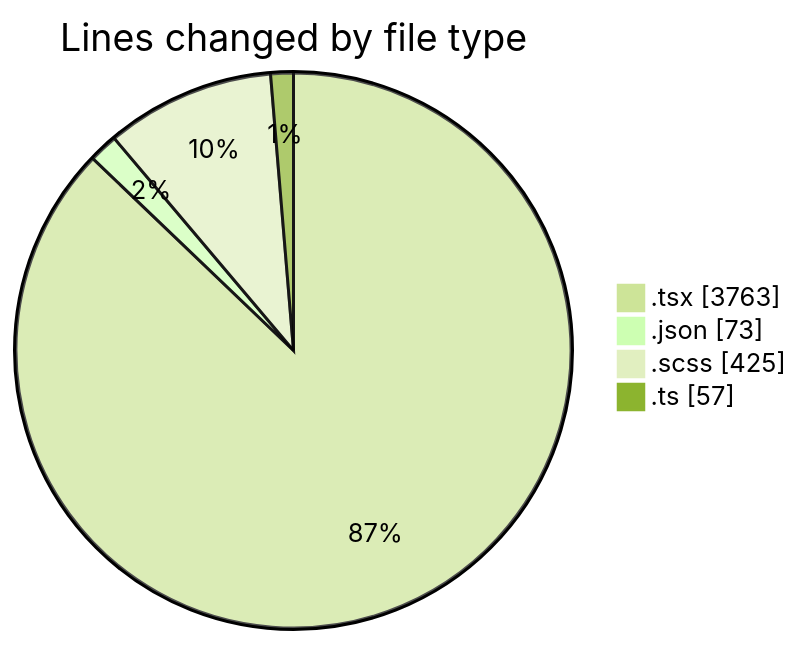
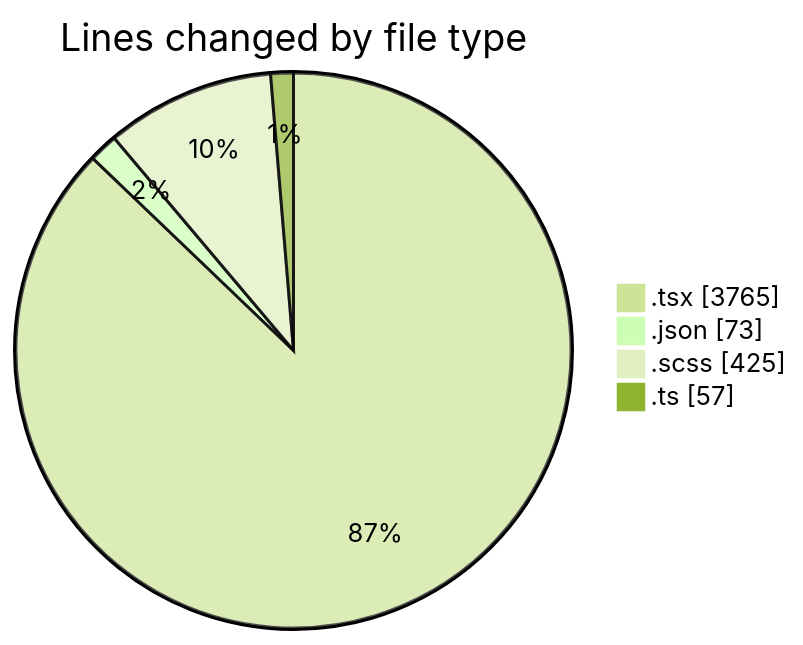
The first of 2 diagrams in 2025-10-02/cda/README.md (momahboobian/code-tracking), drawn with Mermaid (forest theme) before and after one commit. The commit also changed other lines of this file and 1 other file, not shown here.

````diff
--- a/2025-10-02/cda/README.md
+++ b/2025-10-02/cda/README.md
@@ -29,8 +29,8 @@
 ```mermaid
 pie showData
 title Lines changed by file type
-".tsx" : 3763
+".tsx" : 3765
 ".json" : 73
 ".scss" : 425
 ".ts" : 57
 ```
````
